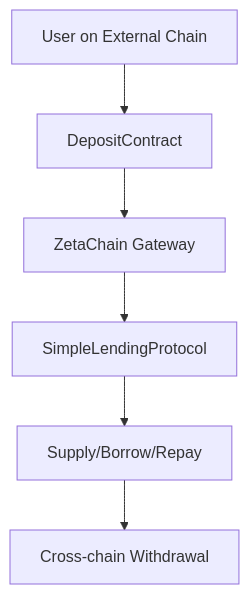
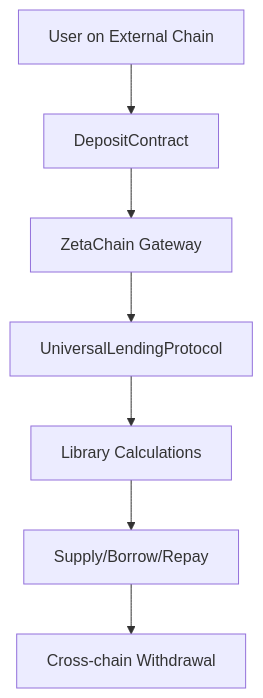
One commit to 0xnicholasy/zeta-hackathon changed the first of 2 diagrams in lending-zeta/README.md. Above: the diagram before and after it, drawn with Mermaid. The commit also changed other lines of this file and 38 other files, not shown here.

First line of the commit message:
chore(cleanup): remove SimpleLendingProtocol and related scripts

````diff
--- a/lending-zeta/README.md
+++ b/lending-zeta/README.md
@@ -218,8 +197,9 @@
 ```mermaid
 graph TD
     A[User on External Chain] --> B[DepositContract]
     B --> C[ZetaChain Gateway]
-    C --> D[SimpleLendingProtocol]
-    D --> E[Supply/Borrow/Repay]
-    E --> F[Cross-chain Withdrawal]
+    C --> D[UniversalLendingProtocol]
+    D --> E[Library Calculations]
+    E --> F[Supply/Borrow/Repay]
+    F --> G[Cross-chain Withdrawal]
 ```
````
